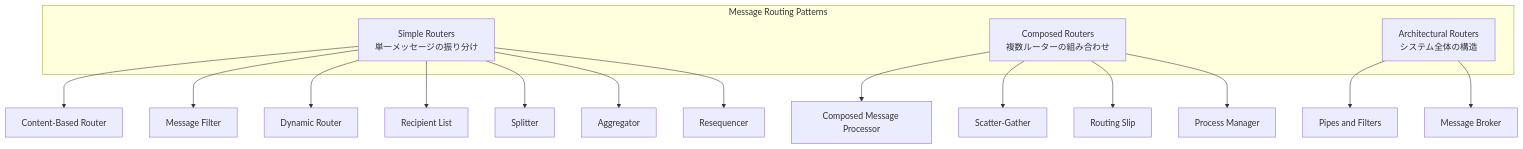
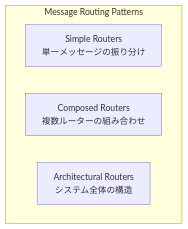
The diagram in content/programming/reactive_messaging_pattern/index.md (tomoikey/quartz), drawn with Mermaid before and after one commit. The commit also changed other lines of this file and 3 other files, not shown here.

````diff
--- a/content/programming/reactive_messaging_pattern/index.md
+++ b/content/programming/reactive_messaging_pattern/index.md
@@ -27,24 +27,8 @@
 ```mermaid
 graph TB
     subgraph "Message Routing Patterns"
         SR[Simple Routers<br/>単一メッセージの振り分け]
         CR[Composed Routers<br/>複数ルーターの組み合わせ]
         AR[Architectural Routers<br/>システム全体の構造]
     end
-
-    SR --> CBR[Content-Based Router]
-    SR --> MF[Message Filter]
-    SR --> DR[Dynamic Router]
-    SR --> RL[Recipient List]
-    SR --> SP[Splitter]
-    SR --> AG[Aggregator]
-    SR --> RS[Resequencer]
-
-    CR --> CMP[Composed Message Processor]
-    CR --> SG[Scatter-Gather]
-    CR --> RSL[Routing Slip]
-    CR --> PM[Process Manager]
-
-    AR --> PF[Pipes and Filters]
-    AR --> MB[Message Broker]
 ```
````
